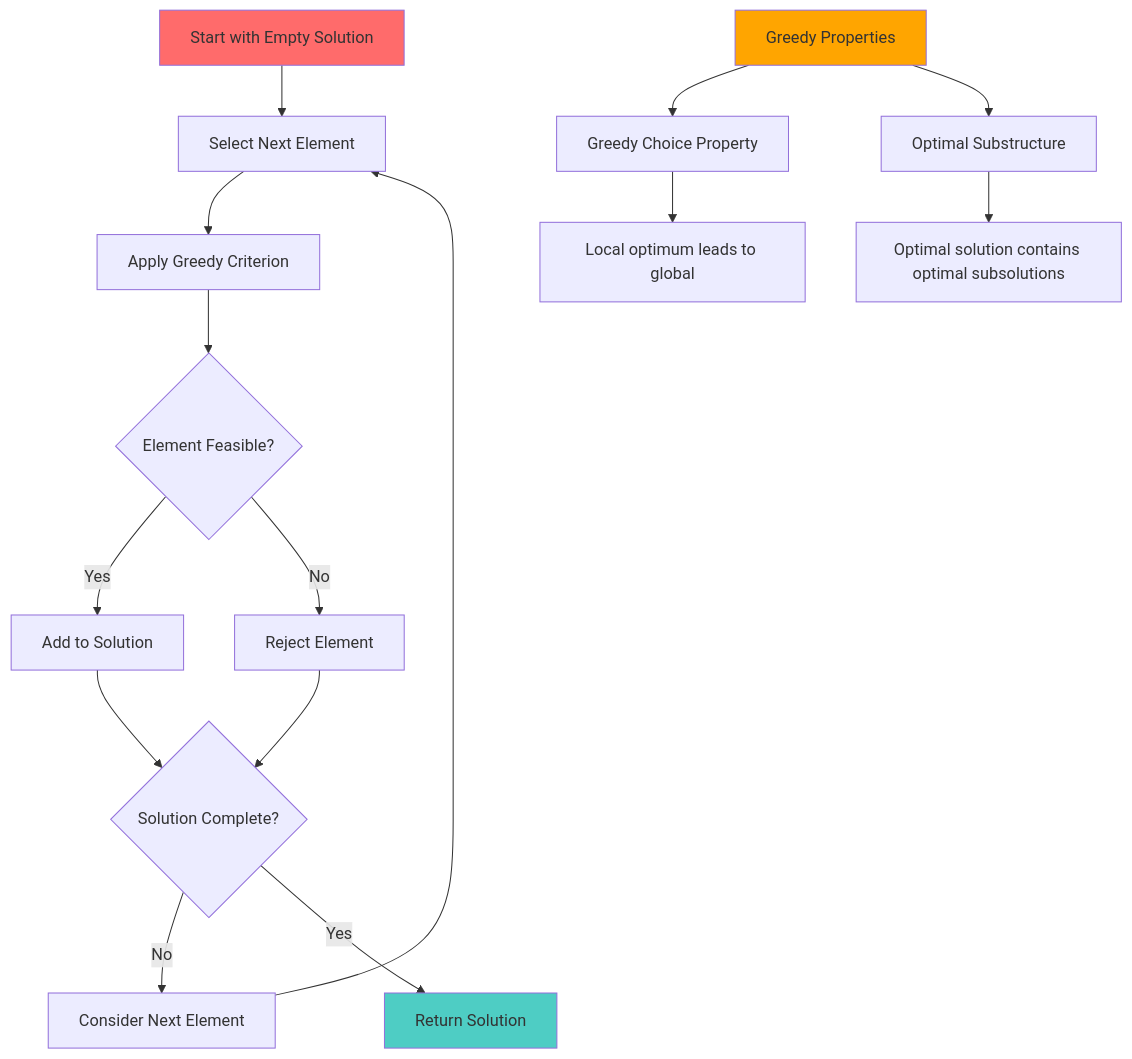
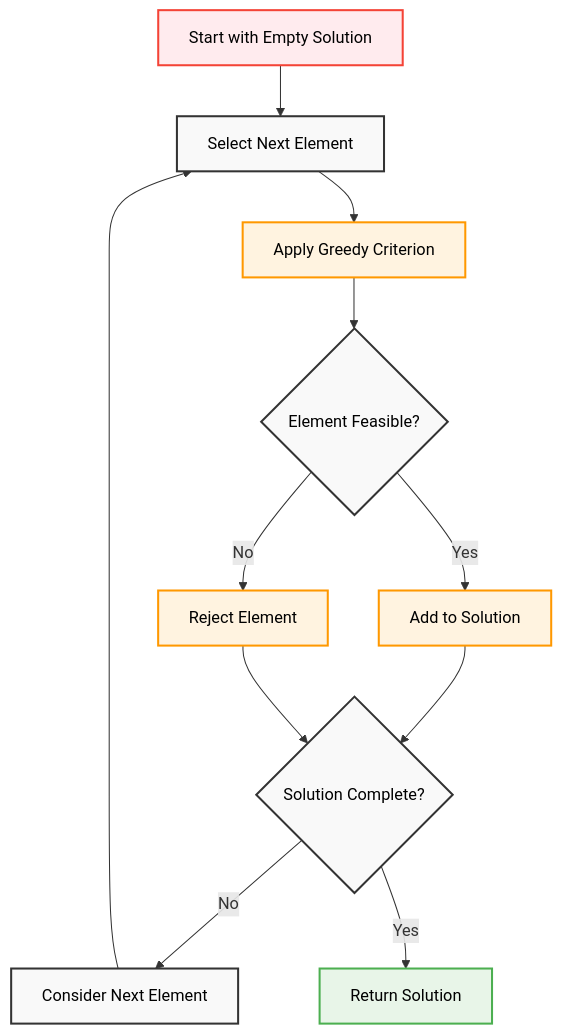
Before and after one commit to AbhishekGiri04/Algorithmics-Foundations: the seventh of 17 diagrams in concepts/algorithm-design.md, drawn with Mermaid. The commit also changed other lines of this file, not shown here.

Commit message:
Complete algorithm design guide with professional diagrams and comprehensive coverage

````diff
--- a/concepts/algorithm-design.md
+++ b/concepts/algorithm-design.md
@@ -343,22 +337,21 @@
 ```mermaid
 flowchart TD
     A["Start with Empty Solution"] --> B["Select Next Element"]
     B --> C["Apply Greedy Criterion"]
     C --> D{"Element Feasible?"}
     D -->|Yes| E["Add to Solution"]
     D -->|No| F["Reject Element"]
     E --> G{"Solution Complete?"}
     F --> G
     G -->|No| H["Consider Next Element"]
     G -->|Yes| I["Return Solution"]
     H --> B
     
-    J["Greedy Properties"] --> K["Greedy Choice Property"]
-    J --> L["Optimal Substructure"]
-    K --> M["Local optimum leads to global"]
-    L --> N["Optimal solution contains optimal subsolutions"]
-    
-    style A fill:#ff6b6b
-    style I fill:#4ecdc4
-    style J fill:#ffa500
+    classDef default fill:#f9f9f9,stroke:#333,stroke-width:2px,color:#000
+    classDef startNode fill:#ffebee,stroke:#f44336,stroke-width:2px,color:#000
+    classDef endNode fill:#e8f5e8,stroke:#4caf50,stroke-width:2px,color:#000
+    classDef processNode fill:#fff3e0,stroke:#ff9800,stroke-width:2px,color:#000
+    class A startNode
+    class I endNode
+    class C,E,F processNode
 ```
````
